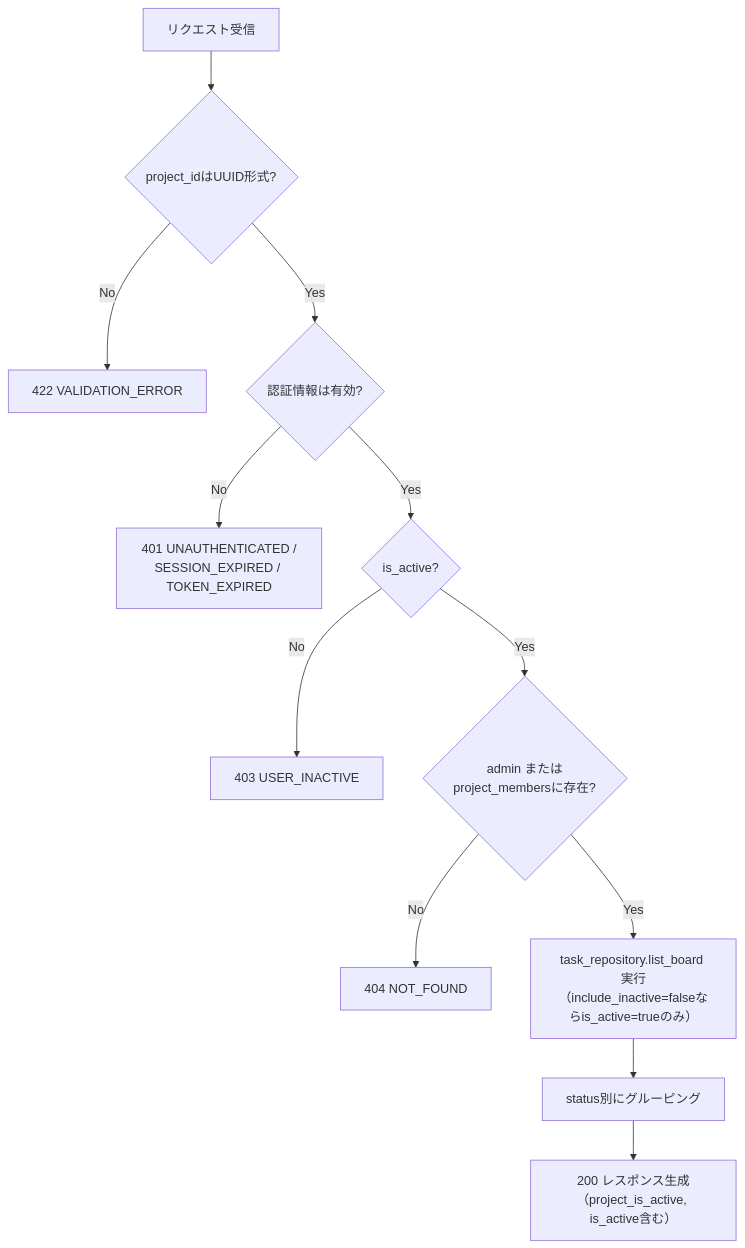
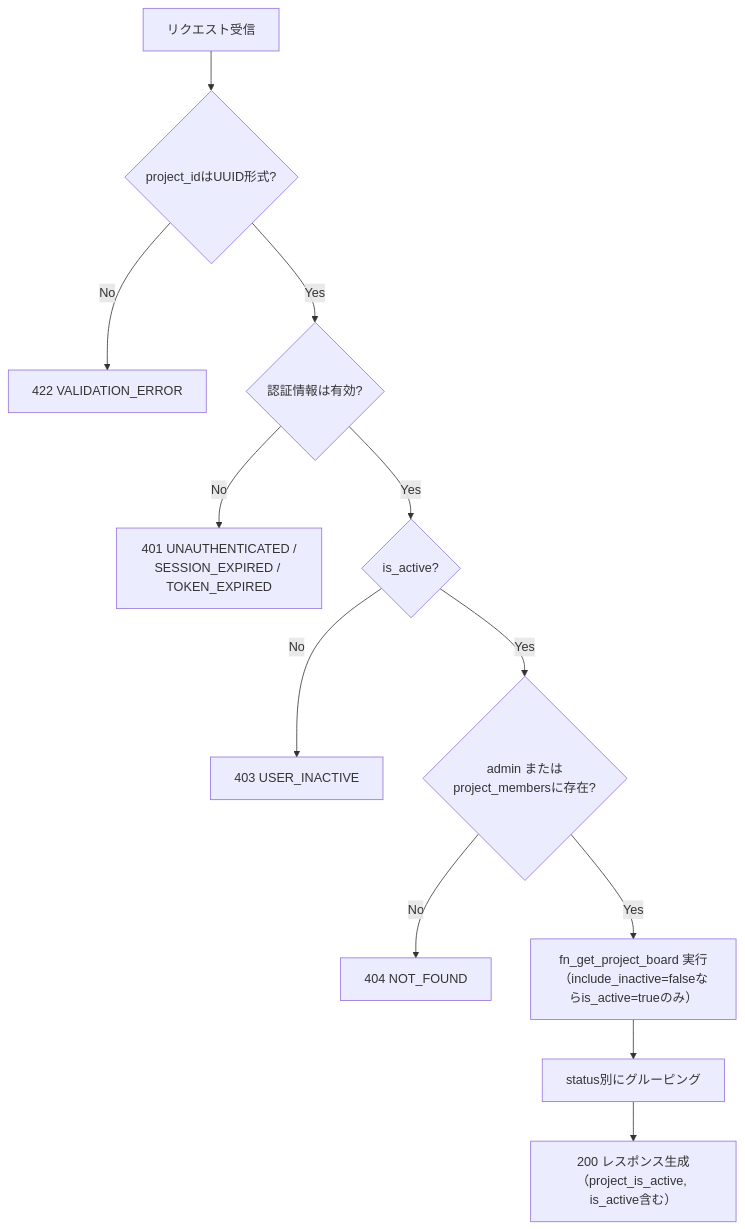
The second of 4 diagrams in detailed_design/api/tasks/01_get_project_tasks.md (oikawa-d/task_management), drawn with Mermaid before and after one commit. The commit also changed other lines of this file and 58 other files, not shown here.

````diff
--- a/detailed_design/api/tasks/01_get_project_tasks.md
+++ b/detailed_design/api/tasks/01_get_project_tasks.md
@@ -156,14 +156,14 @@
 ```mermaid
 flowchart TB
     A["リクエスト受信"] --> B{"project_idはUUID形式?"}
     B -->|"No"| E422["422 VALIDATION_ERROR"]
     B -->|"Yes"| C{"認証情報は有効?"}
     C -->|"No"| E401["401 UNAUTHENTICATED /<br/>SESSION_EXPIRED / TOKEN_EXPIRED"]
     C -->|"Yes"| D{"is_active?"}
     D -->|"No"| E403["403 USER_INACTIVE"]
     D -->|"Yes"| F{"admin または<br/>project_membersに存在?"}
     F -->|"No"| E404["404 NOT_FOUND"]
-    F -->|"Yes"| G["task_repository.list_board 実行<br/>（include_inactive=falseならis_active=trueのみ）"]
+    F -->|"Yes"| G["fn_get_project_board 実行<br/>（include_inactive=falseならis_active=trueのみ）"]
     G --> H["status別にグルーピング"]
     H --> I["200 レスポンス生成<br/>（project_is_active, is_active含む）"]
 ```
````
